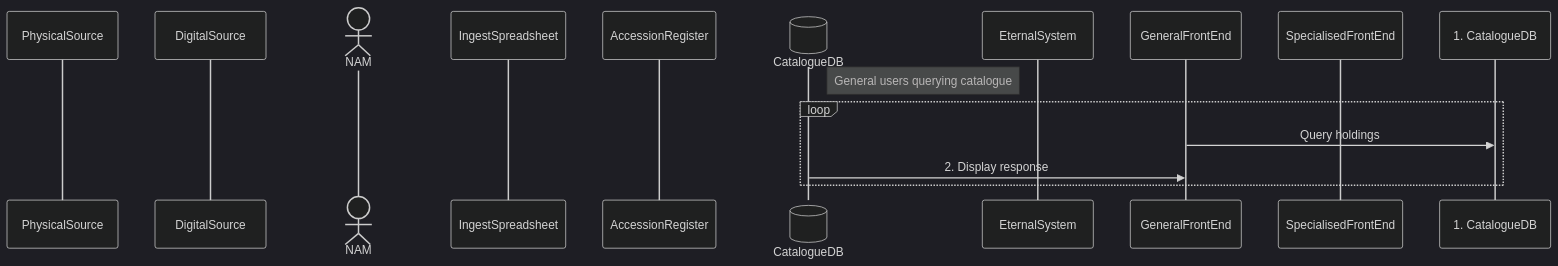
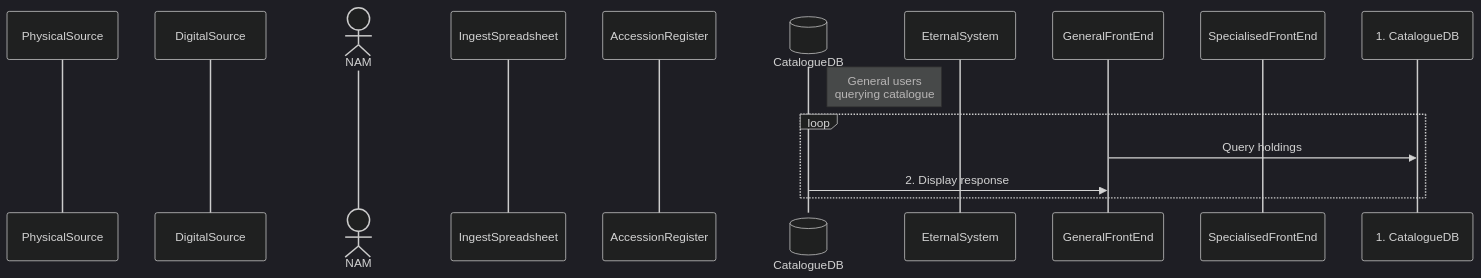
Before and after one commit to dgiaretta/NAM: the fourth of 6 diagrams in README.md, drawn with Mermaid (dark theme). The commit also changed other lines of this file, not shown here.

````diff
--- a/README.md
+++ b/README.md
@@ -107,17 +107,17 @@
 ```mermaid
 sequenceDiagram
 participant PhysicalSource
 participant DigitalSource
 actor NAM
 participant IngestSpreadsheet
 participant AccessionRegister
 participant CatalogueDB@{ "type": "database" }
 participant EternalSystem
 participant GeneralFrontEnd
 participant SpecialisedFrontEnd 
-Note right of CatalogueDB: General users querying catalogue
+Note right of CatalogueDB: General users<br/>querying catalogue
 loop
   GeneralFrontEnd->>1. CatalogueDB: Query holdings
   CatalogueDB->>GeneralFrontEnd: 2. Display response
 end
 ```
````
